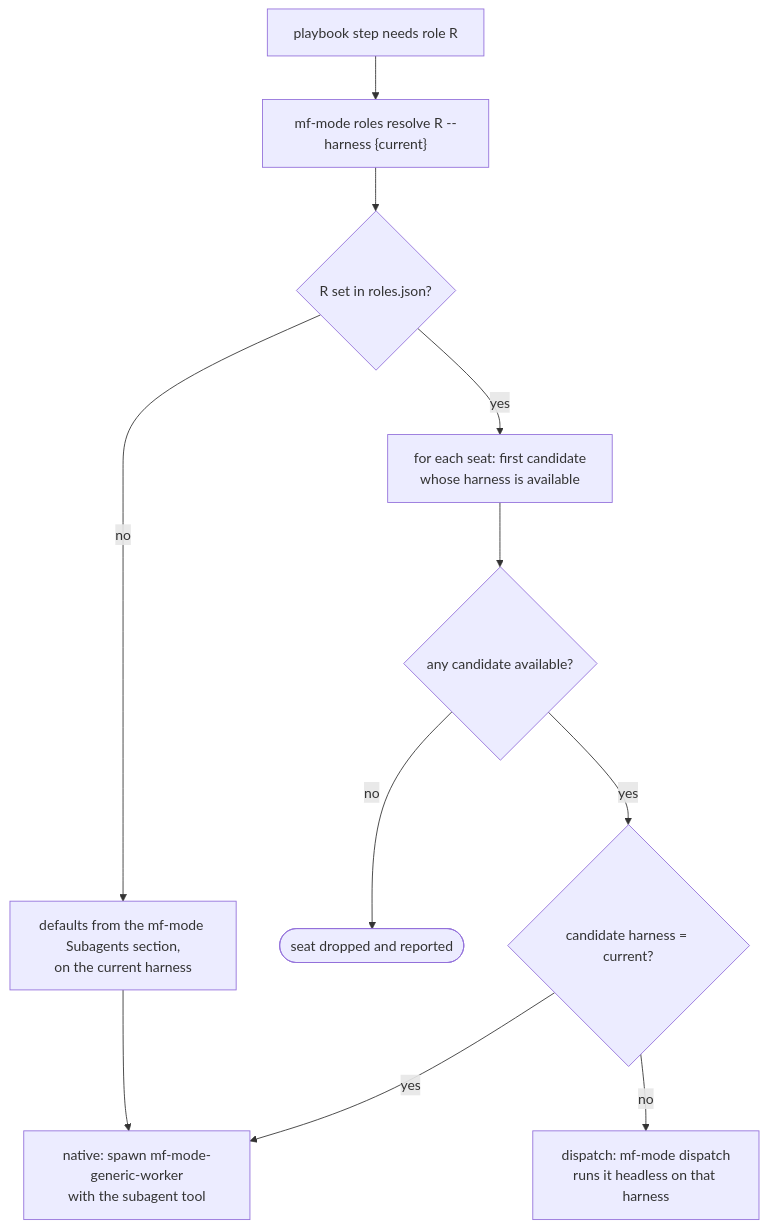
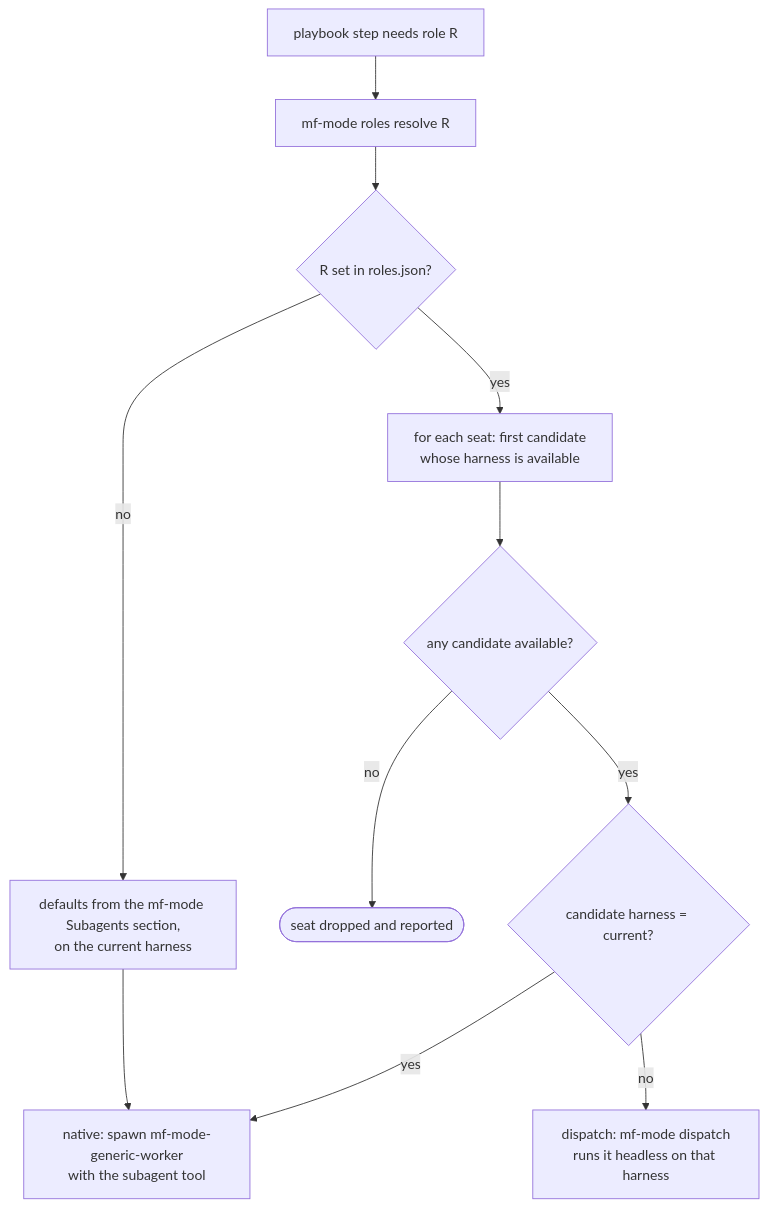
Before and after one commit to montflow/montflow: the third of 4 diagrams in wiki/mf-mode.md, drawn with Mermaid. The commit also changed other lines of this file and 47 other files, not shown here.

First line of the commit message:
feat(mode): add the mf-mode CLI for roles and dispatch

````diff
--- a/wiki/mf-mode.md
+++ b/wiki/mf-mode.md
@@ -219,13 +220,13 @@
 ```mermaid
 flowchart TD
-    step["playbook step needs role R"] --> resolve["mf-mode roles resolve R --harness {current}"]
+    step["playbook step needs role R"] --> resolve["mf-mode roles resolve R"]
     resolve --> file{"R set in roles.json?"}
     file -- no --> def["defaults from the mf-mode Subagents section,<br/>on the current harness"]
     file -- yes --> seat["for each seat: first candidate<br/>whose harness is available"]
     seat --> none{"any candidate available?"}
     none -- no --> drop(["seat dropped and reported"])
     none -- yes --> where{"candidate harness = current?"}
     where -- yes --> native["native: spawn mf-mode-generic-worker<br/>with the subagent tool"]
     where -- no --> dispatch["dispatch: mf-mode dispatch<br/>runs it headless on that harness"]
     def --> native
 ```
````
